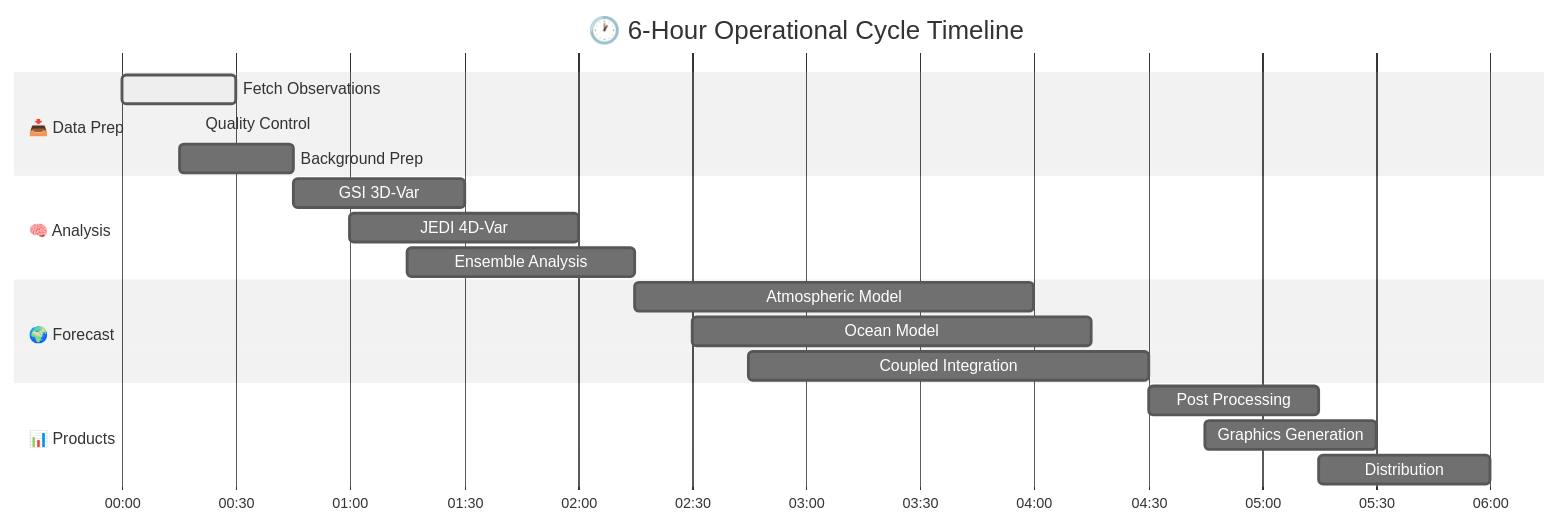
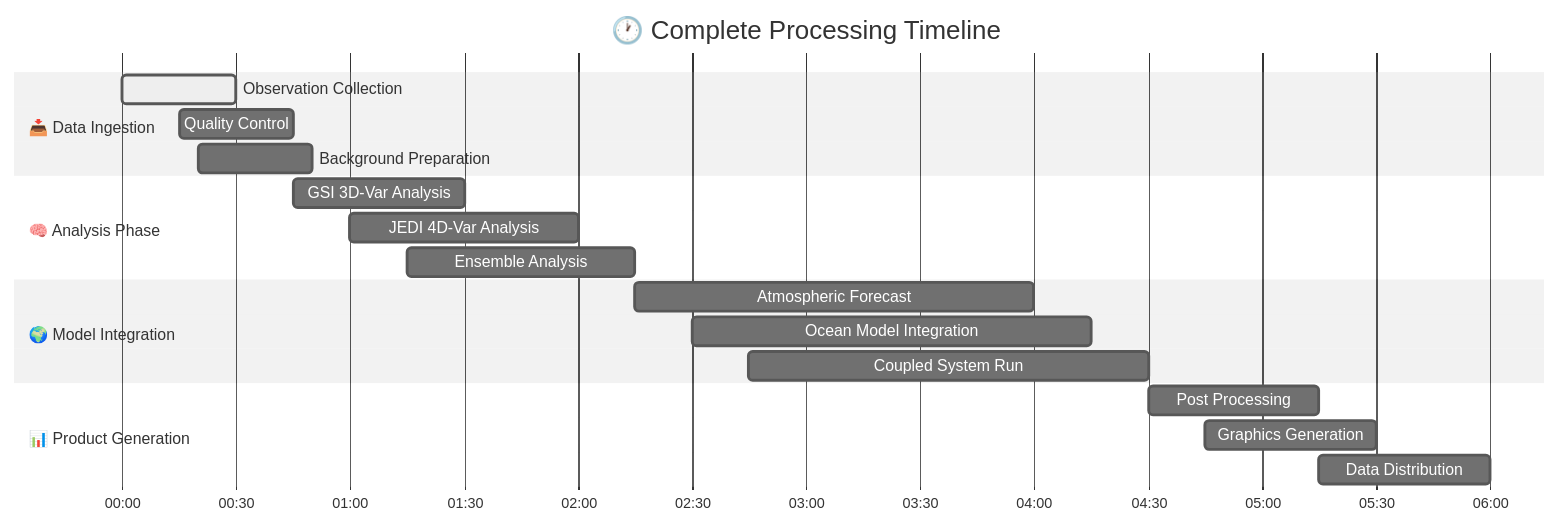
One commit to TerrenceMcGuinness-NOAA/global-workflow changed the third of 3 diagrams in README_global-workflow_STRUCTURE.md. Above: the diagram before and after it, drawn with Mermaid (neutral theme). The commit also changed other lines of this file and 2 other files, not shown here.

````diff
--- a/README_global-workflow_STRUCTURE.md
+++ b/README_global-workflow_STRUCTURE.md
@@ -328,26 +371,26 @@
 ```mermaid
 gantt
-    title 🕐 6-Hour Operational Cycle Timeline
+    title 🕐 Complete Processing Timeline
     dateFormat HH:mm
     axisFormat %H:%M
     
-    section 📥 Data Prep
-    Fetch Observations    :active, data1, 00:00, 00:30
-    Quality Control       :data2, after data1, 00:20
-    Background Prep       :data3, 00:15, 00:45
+    section 📥 Data Ingestion
+    Observation Collection    :active, data1, 00:00, 00:30
+    Quality Control          :data2, 00:15, 00:45
+    Background Preparation   :data3, 00:20, 00:50
     
-    section 🧠 Analysis
-    GSI 3D-Var           :analysis1, 00:45, 01:30
-    JEDI 4D-Var          :analysis2, 01:00, 02:00
-    Ensemble Analysis     :analysis3, 01:15, 02:15
+    section 🧠 Analysis Phase
+    GSI 3D-Var Analysis     :analysis1, 00:45, 01:30
+    JEDI 4D-Var Analysis    :analysis2, 01:00, 02:00
+    Ensemble Analysis       :analysis3, 01:15, 02:15
     
-    section 🌍 Forecast
-    Atmospheric Model     :forecast1, 02:15, 04:00
-    Ocean Model          :forecast2, 02:30, 04:15
-    Coupled Integration   :forecast3, 02:45, 04:30
+    section 🌍 Model Integration
+    Atmospheric Forecast    :forecast1, 02:15, 04:00
+    Ocean Model Integration :forecast2, 02:30, 04:15
+    Coupled System Run      :forecast3, 02:45, 04:30
     
-    section 📊 Products
-    Post Processing      :post1, 04:30, 05:15
-    Graphics Generation  :post2, 04:45, 05:30
-    Distribution         :post3, 05:15, 06:00
+    section 📊 Product Generation
+    Post Processing         :post1, 04:30, 05:15
+    Graphics Generation     :post2, 04:45, 05:30
+    Data Distribution       :post3, 05:15, 06:00
 ```
````
